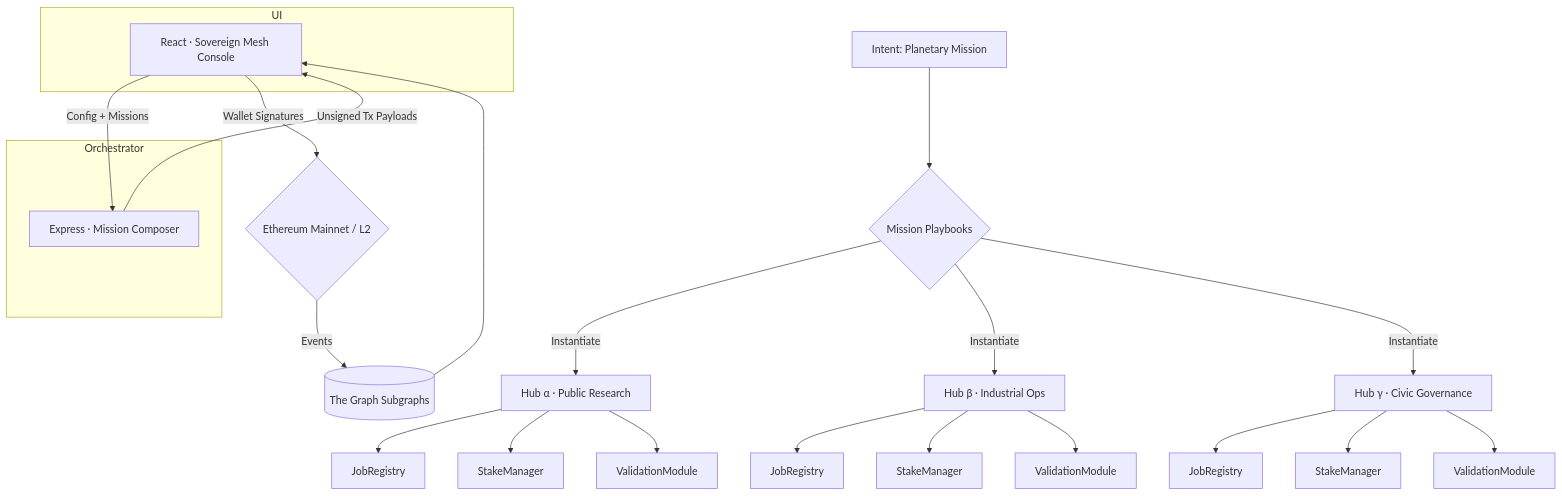
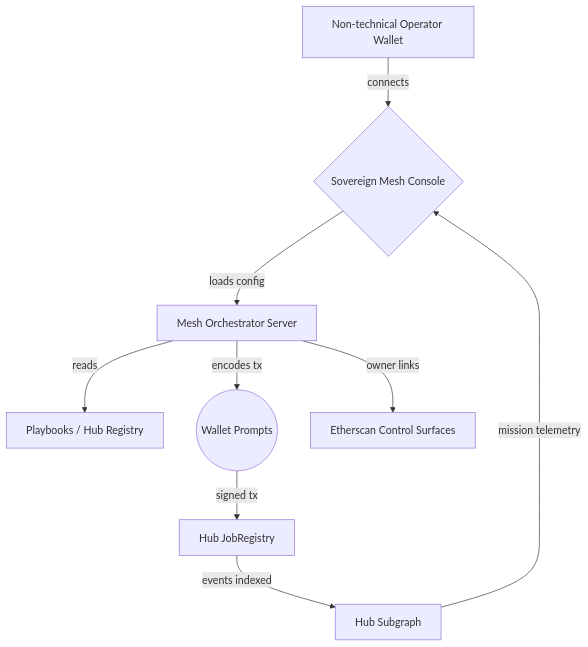
One commit to MontrealAI/AGIJobsv0 changed the diagram in demo/sovereign-mesh/README.md. Above: the diagram before and after it, drawn with Mermaid. The commit also changed other lines of this file and 24 other files, not shown here.

Commit message:
feat: add sovereign mesh demo

````diff
--- a/demo/sovereign-mesh/README.md
+++ b/demo/sovereign-mesh/README.md
@@ -9,27 +9,11 @@
 ```mermaid
 graph TD
-    A[Intent: Planetary Mission] --> B{Mission Playbooks}
-    B -->|Instantiate| C1[Hub α · Public Research]
-    B -->|Instantiate| C2[Hub β · Industrial Ops]
-    B -->|Instantiate| C3[Hub γ · Civic Governance]
-    C1 --> D1[JobRegistry]
-    C1 --> D2[StakeManager]
-    C1 --> D3[ValidationModule]
-    C2 --> E1[JobRegistry]
-    C2 --> E2[StakeManager]
-    C2 --> E3[ValidationModule]
-    C3 --> F1[JobRegistry]
-    C3 --> F2[StakeManager]
-    C3 --> F3[ValidationModule]
-    subgraph UI
-      U1[React · Sovereign Mesh Console]
-    end
-    subgraph Orchestrator
-      O1[Express · Mission Composer]
-    end
-    U1 -->|Config + Missions| O1
-    O1 -->|Unsigned Tx Payloads| U1
-    U1 -->|Wallet Signatures| ETH{Ethereum Mainnet / L2}
-    ETH -->|Events| SG[(The Graph Subgraphs)]
-    SG --> U1
+  A[Non-technical Operator Wallet] -->|connects| B{Sovereign Mesh Console}
+  B -->|loads config| C[Mesh Orchestrator Server]
+  C -->|reads| D[Playbooks / Hub Registry]
+  C -->|encodes tx| E((Wallet Prompts))
+  E -->|signed tx| F[Hub JobRegistry]
+  F -->|events indexed| G[Hub Subgraph]
+  G -->|mission telemetry| B
+  C -->|owner links| H[Etherscan Control Surfaces]
 ```
````
